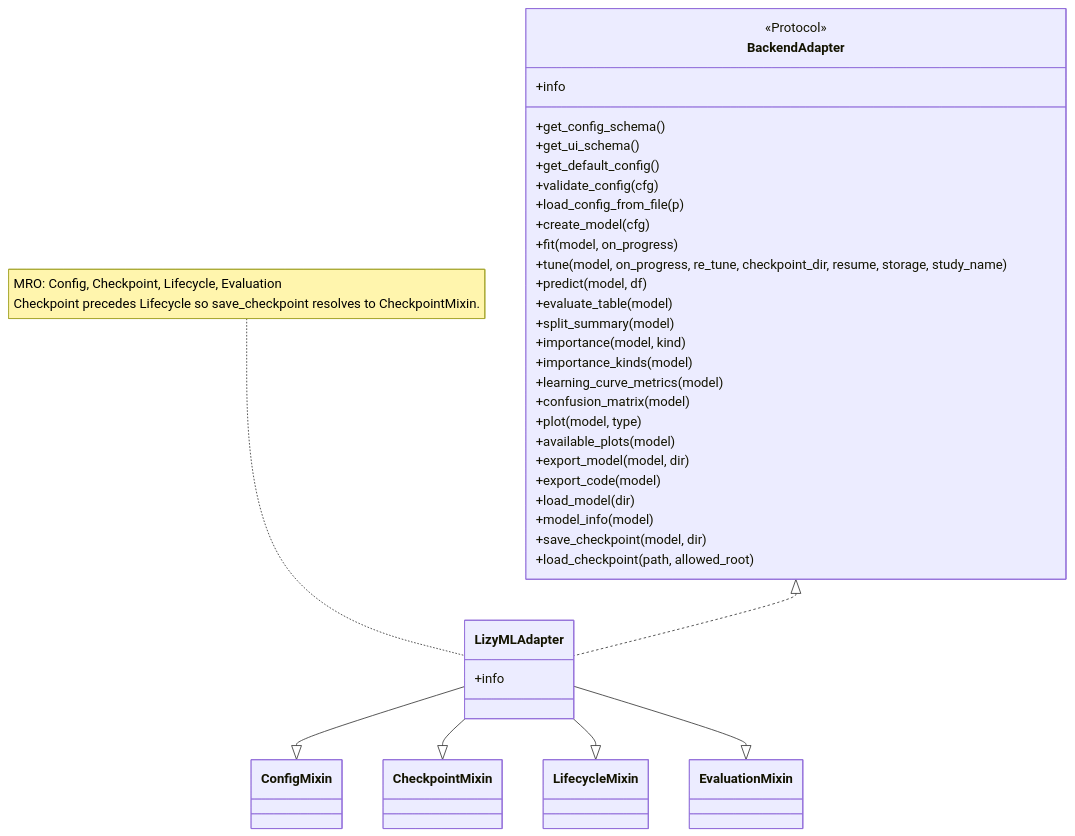
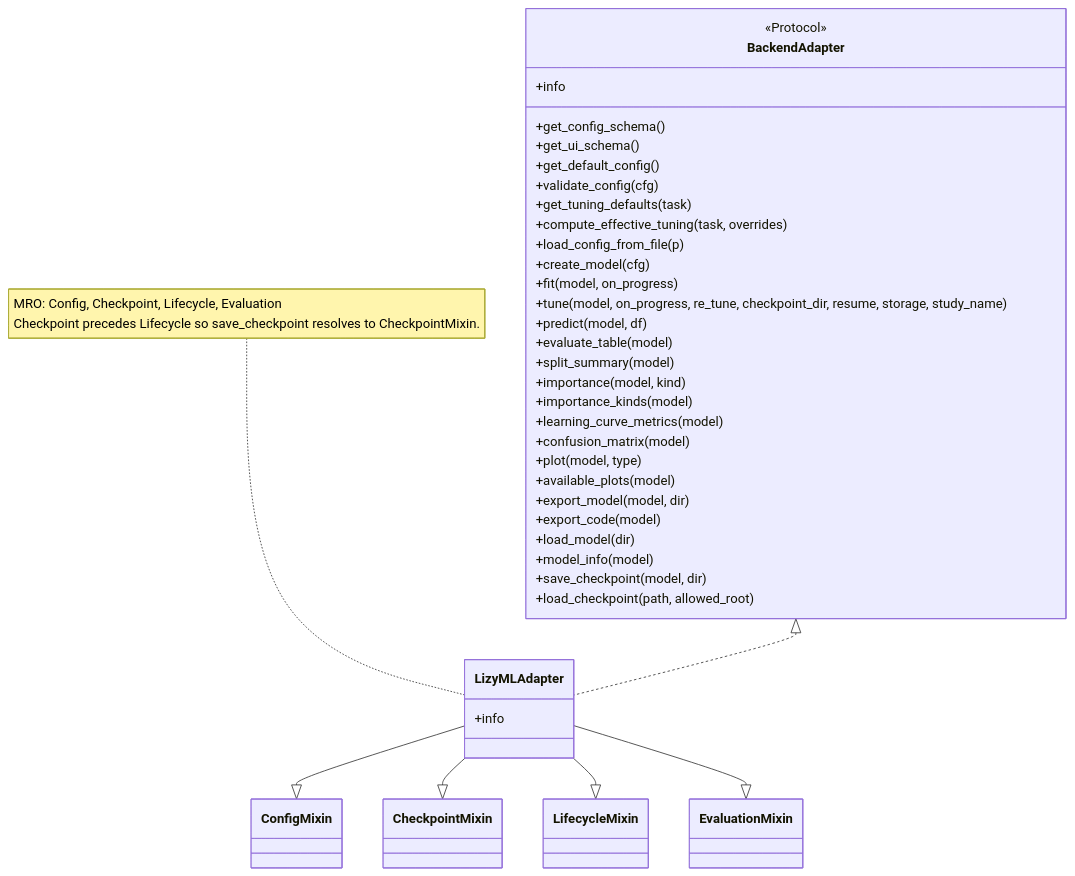
The third of 7 diagrams in docs/architecture-as-implemented.md (nbx-liz/LizyStudio), drawn with Mermaid before and after one commit. The commit also changed other lines of this file and 4 other files, not shown here.

````diff
--- a/docs/architecture-as-implemented.md
+++ b/docs/architecture-as-implemented.md
@@ -168,47 +168,49 @@
 ```mermaid
 classDiagram
   class BackendAdapter {
     <<Protocol>>
     +info
     +get_config_schema()
     +get_ui_schema()
     +get_default_config()
     +validate_config(cfg)
+    +get_tuning_defaults(task)
+    +compute_effective_tuning(task, overrides)
     +load_config_from_file(p)
     +create_model(cfg)
     +fit(model, on_progress)
     +tune(model, on_progress, re_tune, checkpoint_dir, resume, storage, study_name)
     +predict(model, df)
     +evaluate_table(model)
     +split_summary(model)
     +importance(model, kind)
     +importance_kinds(model)
     +learning_curve_metrics(model)
     +confusion_matrix(model)
     +plot(model, type)
     +available_plots(model)
     +export_model(model, dir)
     +export_code(model)
     +load_model(dir)
     +model_info(model)
     +save_checkpoint(model, dir)
     +load_checkpoint(path, allowed_root)
   }
 
   class ConfigMixin
   class LifecycleMixin
   class EvaluationMixin
   class CheckpointMixin
 
   class LizyMLAdapter {
     +info
   }
 
   BackendAdapter <|.. LizyMLAdapter
   LizyMLAdapter --|> ConfigMixin
   LizyMLAdapter --|> CheckpointMixin
   LizyMLAdapter --|> LifecycleMixin
   LizyMLAdapter --|> EvaluationMixin
 
   note for LizyMLAdapter "MRO: Config, Checkpoint, Lifecycle, Evaluation<br/>Checkpoint precedes Lifecycle so save_checkpoint resolves to CheckpointMixin."
 ```
````
